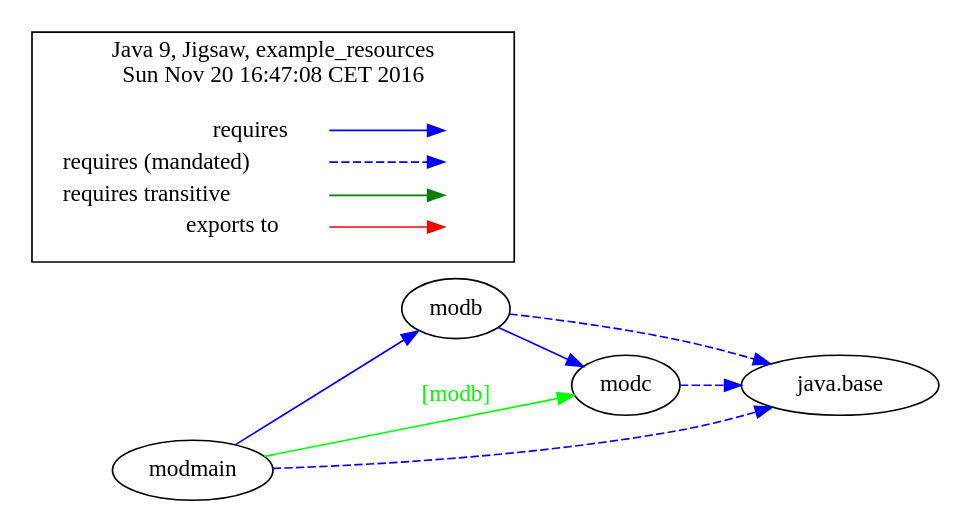
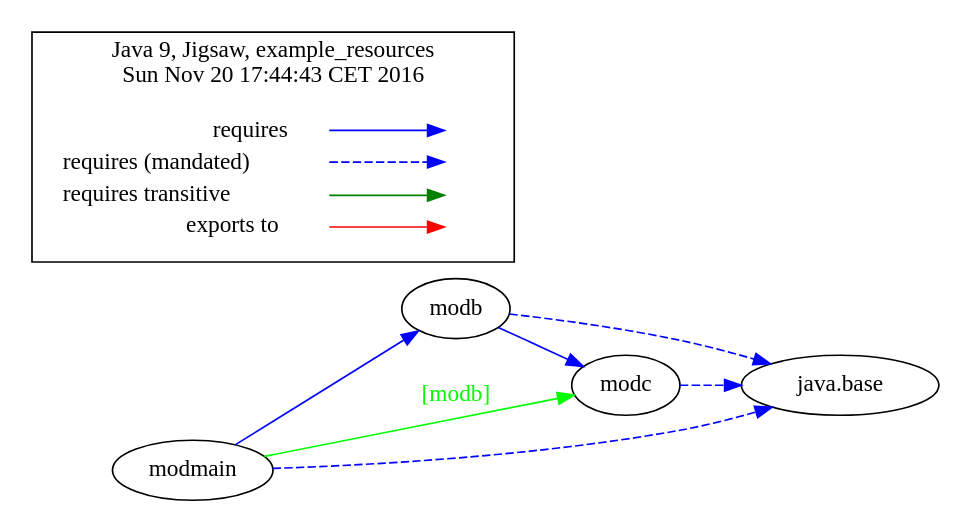
The diagram in jigsaw-examples/example_resources/moduledependencies-withlegend.dot (accso/java9-jigsaw-examples), drawn with Graphviz before and after one commit. The commit also changed 84 other files, not shown here.

```diff
--- a/jigsaw-examples/example_resources/moduledependencies-withlegend.dot
+++ b/jigsaw-examples/example_resources/moduledependencies-withlegend.dot
@@ -1,36 +1,36 @@
-# Created by depvis.JigsawDepVisualizer on Sun Nov 20 16:47:08 CET 2016
+# Created by depvis.JigsawDepVisualizer on Sun Nov 20 17:44:43 CET 2016
 digraph Java9_Dependency_Visualizer {
 modb[fontname="Consolas",shape="ellipse",label="modb"];
 modc[fontname="Consolas",shape="ellipse",label="modc"];
 java_base[fontname="Consolas",shape="ellipse",label="java.base"];
 modmain[fontname="Consolas",shape="ellipse",label="modmain"];
 modb -> modc[color="#0000ff",fontname="Consolas",fontcolor="#0000ff",weight="8"]
 modb -> java_base[color="#0000ff",fontname="Consolas",fontcolor="#0000ff",style="dashed",weight="16"]
 modmain -> modb[color="#0000ff",fontname="Consolas",fontcolor="#0000ff",weight="8"]
 modmain -> java_base[color="#0000ff",fontname="Consolas",fontcolor="#0000ff",style="dashed",weight="16"]
 modmain -> modc[color="#00ff00",fontname="Consolas",fontcolor="#00ff00",weight="4",label="[modb]"]
 modc -> java_base[color="#0000ff",fontname="Consolas",fontcolor="#0000ff",style="dashed",weight="16"]
 rankdir=LR
 node [shape=plaintext]
 subgraph cluster_01 { 
   label = "Java 9, Jigsaw, example_resources
-Sun Nov 20 16:47:08 CET 2016"
+Sun Nov 20 17:44:43 CET 2016"
   fontname="Consolas"
   key [label=<<table border="0" cellpadding="2" cellspacing="0" cellborder="0">
     <tr><td align="right" port="i1">requires</td></tr>
     <tr><td align="right" port="i2">requires (mandated)</td></tr>
     <tr><td align="right" port="i3">requires transitive</td></tr>
     <tr><td align="right" port="i4">exports to</td></tr>
     </table>>,fontname="Consolas"]
   key2 [label=<<table border="0" cellpadding="2" cellspacing="0" cellborder="0">
     <tr><td port="i1">&nbsp;</td></tr>
     <tr><td port="i2">&nbsp;</td></tr>
     <tr><td port="i3">&nbsp;</td></tr>
     <tr><td port="i4">&nbsp;</td></tr>
     </table>>,fontname="Consolas"]
   key:i1:e -> key2:i1:w [color=BLUE]
   key:i2:e -> key2:i2:w [color=BLUE, style=dashed]
   key:i3:e -> key2:i3:w [color=GREEN]
   key:i4:e -> key2:i4:w [color=RED]
 }
 }
```
